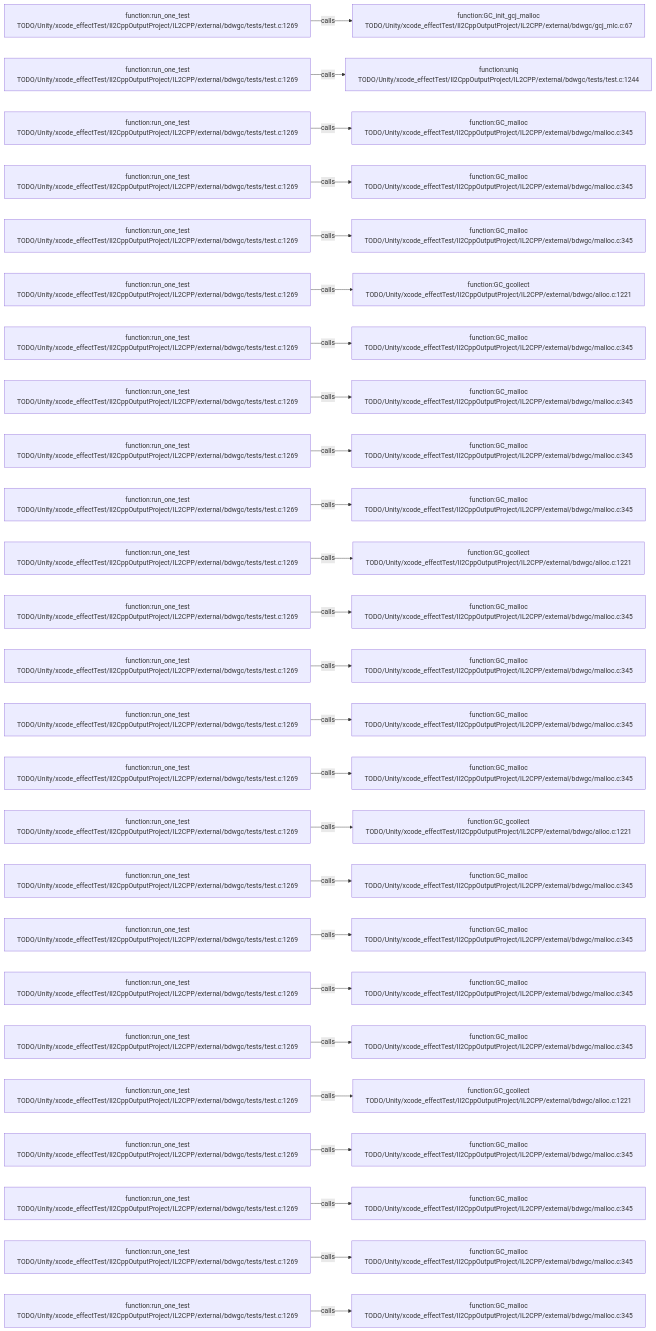
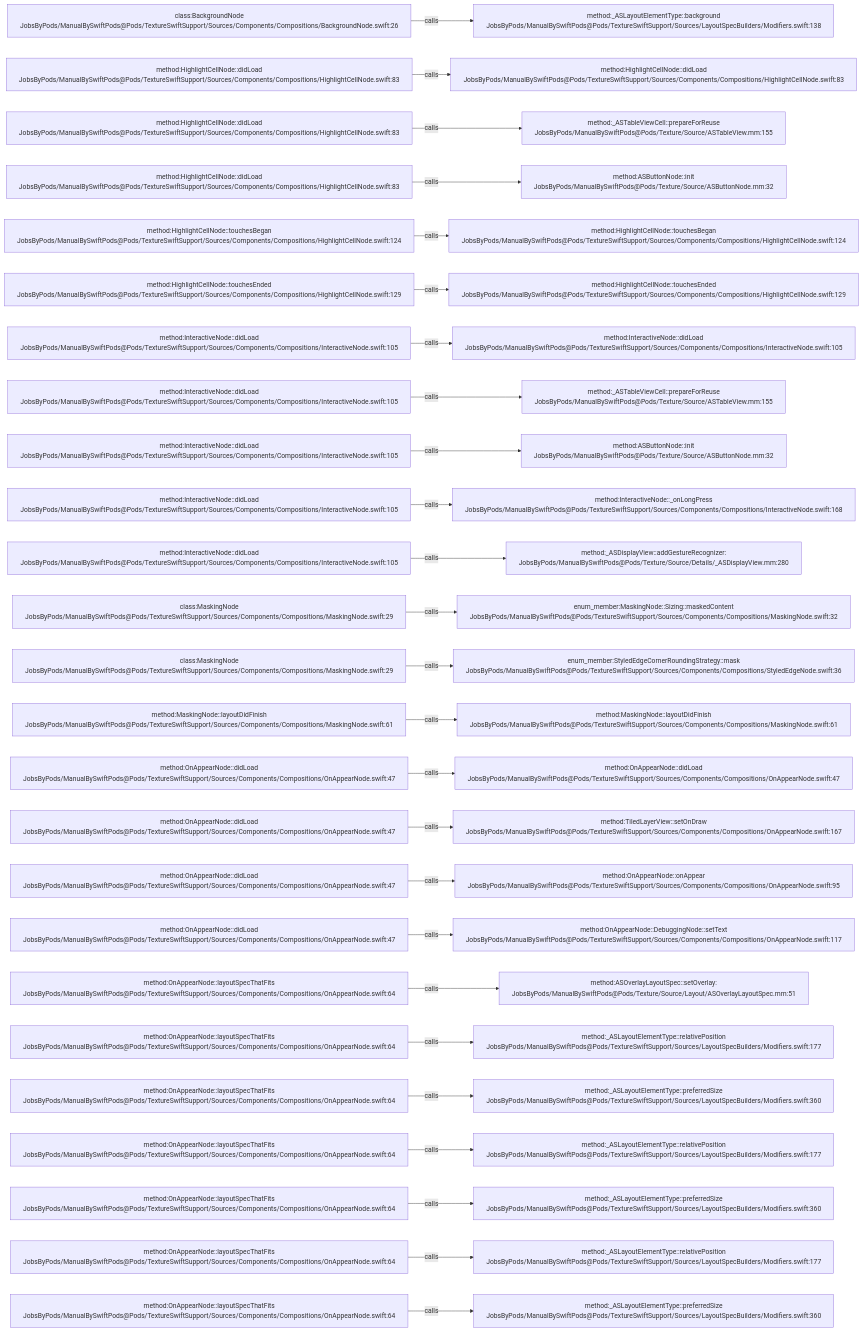
Before and after one commit to JobsKits/JobsSwiftBaseConfigDemo: the diagram in .codegraph/codegraph.md/graphs/calls-172.md, drawn with Mermaid. The commit also changed 2959 other files, not shown here.

````diff
--- a/.codegraph/codegraph.md/graphs/calls-172.md
+++ b/.codegraph/codegraph.md/graphs/calls-172.md
@@ -13,78 +13,78 @@
 ```mermaid
 flowchart LR
-  S1["function:run_one_test<br/>TODO/Unity/xcode_effectTest/Il2CppOutputProject/IL2CPP/external/bdwgc/tests/test.c:1269"]
-  T1["function:GC_init_gcj_malloc<br/>TODO/Unity/xcode_effectTest/Il2CppOutputProject/IL2CPP/external/bdwgc/gcj_mlc.c:67"]
+  S1["class:BackgroundNode<br/>JobsByPods/ManualBySwiftPods@Pods/TextureSwiftSupport/Sources/Components/Compositions/BackgroundNode.swift:26"]
+  T1["method:_ASLayoutElementType::background<br/>JobsByPods/ManualBySwiftPods@Pods/TextureSwiftSupport/Sources/LayoutSpecBuilders/Modifiers.swift:138"]
   S1 -->|calls| T1
-  S2["function:run_one_test<br/>TODO/Unity/xcode_effectTest/Il2CppOutputProject/IL2CPP/external/bdwgc/tests/test.c:1269"]
-  T2["function:uniq<br/>TODO/Unity/xcode_effectTest/Il2CppOutputProject/IL2CPP/external/bdwgc/tests/test.c:1244"]
+  S2["method:HighlightCellNode::didLoad<br/>JobsByPods/ManualBySwiftPods@Pods/TextureSwiftSupport/Sources/Components/Compositions/HighlightCellNode.swift:83"]
+  T2["method:HighlightCellNode::didLoad<br/>JobsByPods/ManualBySwiftPods@Pods/TextureSwiftSupport/Sources/Components/Compositions/HighlightCellNode.swift:83"]
   S2 -->|calls| T2
-  S3["function:run_one_test<br/>TODO/Unity/xcode_effectTest/Il2CppOutputProject/IL2CPP/external/bdwgc/tests/test.c:1269"]
-  T3["function:GC_malloc<br/>TODO/Unity/xcode_effectTest/Il2CppOutputProject/IL2CPP/external/bdwgc/malloc.c:345"]
+  S3["method:HighlightCellNode::didLoad<br/>JobsByPods/ManualBySwiftPods@Pods/TextureSwiftSupport/Sources/Components/Compositions/HighlightCellNode.swift:83"]
+  T3["method:_ASTableViewCell::prepareForReuse<br/>JobsByPods/ManualBySwiftPods@Pods/Texture/Source/ASTableView.mm:155"]
   S3 -->|calls| T3
-  S4["function:run_one_test<br/>TODO/Unity/xcode_effectTest/Il2CppOutputProject/IL2CPP/external/bdwgc/tests/test.c:1269"]
-  T4["function:GC_malloc<br/>TODO/Unity/xcode_effectTest/Il2CppOutputProject/IL2CPP/external/bdwgc/malloc.c:345"]
+  S4["method:HighlightCellNode::didLoad<br/>JobsByPods/ManualBySwiftPods@Pods/TextureSwiftSupport/Sources/Components/Compositions/HighlightCellNode.swift:83"]
+  T4["method:ASButtonNode::init<br/>JobsByPods/ManualBySwiftPods@Pods/Texture/Source/ASButtonNode.mm:32"]
   S4 -->|calls| T4
-  S5["function:run_one_test<br/>TODO/Unity/xcode_effectTest/Il2CppOutputProject/IL2CPP/external/bdwgc/tests/test.c:1269"]
-  T5["function:GC_malloc<br/>TODO/Unity/xcode_effectTest/Il2CppOutputProject/IL2CPP/external/bdwgc/malloc.c:345"]
+  S5["method:HighlightCellNode::touchesBegan<br/>JobsByPods/ManualBySwiftPods@Pods/TextureSwiftSupport/Sources/Components/Compositions/HighlightCellNode.swift:124"]
+  T5["method:HighlightCellNode::touchesBegan<br/>JobsByPods/ManualBySwiftPods@Pods/TextureSwiftSupport/Sources/Components/Compositions/HighlightCellNode.swift:124"]
   S5 -->|calls| T5
-  S6["function:run_one_test<br/>TODO/Unity/xcode_effectTest/Il2CppOutputProject/IL2CPP/external/bdwgc/tests/test.c:1269"]
-  T6["function:GC_gcollect<br/>TODO/Unity/xcode_effectTest/Il2CppOutputProject/IL2CPP/external/bdwgc/alloc.c:1221"]
+  S6["method:HighlightCellNode::touchesEnded<br/>JobsByPods/ManualBySwiftPods@Pods/TextureSwiftSupport/Sources/Components/Compositions/HighlightCellNode.swift:129"]
+  T6["method:HighlightCellNode::touchesEnded<br/>JobsByPods/ManualBySwiftPods@Pods/TextureSwiftSupport/Sources/Components/Compositions/HighlightCellNode.swift:129"]
   S6 -->|calls| T6
-  S7["function:run_one_test<br/>TODO/Unity/xcode_effectTest/Il2CppOutputProject/IL2CPP/external/bdwgc/tests/test.c:1269"]
-  T7["function:GC_malloc<br/>TODO/Unity/xcode_effectTest/Il2CppOutputProject/IL2CPP/external/bdwgc/malloc.c:345"]
+  S7["method:InteractiveNode::didLoad<br/>JobsByPods/ManualBySwiftPods@Pods/TextureSwiftSupport/Sources/Components/Compositions/InteractiveNode.swift:105"]
+  T7["method:InteractiveNode::didLoad<br/>JobsByPods/ManualBySwiftPods@Pods/TextureSwiftSupport/Sources/Components/Compositions/InteractiveNode.swift:105"]
   S7 -->|calls| T7
-  S8["function:run_one_test<br/>TODO/Unity/xcode_effectTest/Il2CppOutputProject/IL2CPP/external/bdwgc/tests/test.c:1269"]
-  T8["function:GC_malloc<br/>TODO/Unity/xcode_effectTest/Il2CppOutputProject/IL2CPP/external/bdwgc/malloc.c:345"]
+  S8["method:InteractiveNode::didLoad<br/>JobsByPods/ManualBySwiftPods@Pods/TextureSwiftSupport/Sources/Components/Compositions/InteractiveNode.swift:105"]
+  T8["method:_ASTableViewCell::prepareForReuse<br/>JobsByPods/ManualBySwiftPods@Pods/Texture/Source/ASTableView.mm:155"]
   S8 -->|calls| T8
-  S9["function:run_one_test<br/>TODO/Unity/xcode_effectTest/Il2CppOutputProject/IL2CPP/external/bdwgc/tests/test.c:1269"]
-  T9["function:GC_malloc<br/>TODO/Unity/xcode_effectTest/Il2CppOutputProject/IL2CPP/external/bdwgc/malloc.c:345"]
+  S9["method:InteractiveNode::didLoad<br/>JobsByPods/ManualBySwiftPods@Pods/TextureSwiftSupport/Sources/Components/Compositions/InteractiveNode.swift:105"]
+  T9["method:ASButtonNode::init<br/>JobsByPods/ManualBySwiftPods@Pods/Texture/Source/ASButtonNode.mm:32"]
   S9 -->|calls| T9
-  S10["function:run_one_test<br/>TODO/Unity/xcode_effectTest/Il2CppOutputProject/IL2CPP/external/bdwgc/tests/test.c:1269"]
-  T10["function:GC_malloc<br/>TODO/Unity/xcode_effectTest/Il2CppOutputProject/IL2CPP/external/bdwgc/malloc.c:345"]
+  S10["method:InteractiveNode::didLoad<br/>JobsByPods/ManualBySwiftPods@Pods/TextureSwiftSupport/Sources/Components/Compositions/InteractiveNode.swift:105"]
+  T10["method:InteractiveNode::_onLongPress<br/>JobsByPods/ManualBySwiftPods@Pods/TextureSwiftSupport/Sources/Components/Compositions/InteractiveNode.swift:168"]
   S10 -->|calls| T10
-  S11["function:run_one_test<br/>TODO/Unity/xcode_effectTest/Il2CppOutputProject/IL2CPP/external/bdwgc/tests/test.c:1269"]
-  T11["function:GC_gcollect<br/>TODO/Unity/xcode_effectTest/Il2CppOutputProject/IL2CPP/external/bdwgc/alloc.c:1221"]
+  S11["method:InteractiveNode::didLoad<br/>JobsByPods/ManualBySwiftPods@Pods/TextureSwiftSupport/Sources/Components/Compositions/InteractiveNode.swift:105"]
+  T11["method:_ASDisplayView::addGestureRecognizer:<br/>JobsByPods/ManualBySwiftPods@Pods/Texture/Source/Details/_ASDisplayView.mm:280"]
   S11 -->|calls| T11
-  S12["function:run_one_test<br/>TODO/Unity/xcode_effectTest/Il2CppOutputProject/IL2CPP/external/bdwgc/tests/test.c:1269"]
-  T12["function:GC_malloc<br/>TODO/Unity/xcode_effectTest/Il2CppOutputProject/IL2CPP/external/bdwgc/malloc.c:345"]
+  S12["class:MaskingNode<br/>JobsByPods/ManualBySwiftPods@Pods/TextureSwiftSupport/Sources/Components/Compositions/MaskingNode.swift:29"]
+  T12["enum_member:MaskingNode::Sizing::maskedContent<br/>JobsByPods/ManualBySwiftPods@Pods/TextureSwiftSupport/Sources/Components/Compositions/MaskingNode.swift:32"]
   S12 -->|calls| T12
-  S13["function:run_one_test<br/>TODO/Unity/xcode_effectTest/Il2CppOutputProject/IL2CPP/external/bdwgc/tests/test.c:1269"]
-  T13["function:GC_malloc<br/>TODO/Unity/xcode_effectTest/Il2CppOutputProject/IL2CPP/external/bdwgc/malloc.c:345"]
+  S13["class:MaskingNode<br/>JobsByPods/ManualBySwiftPods@Pods/TextureSwiftSupport/Sources/Components/Compositions/MaskingNode.swift:29"]
+  T13["enum_member:StyledEdgeCornerRoundingStrategy::mask<br/>JobsByPods/ManualBySwiftPods@Pods/TextureSwiftSupport/Sources/Components/Compositions/StyledEdgeNode.swift:36"]
   S13 -->|calls| T13
-  S14["function:run_one_test<br/>TODO/Unity/xcode_effectTest/Il2CppOutputProject/IL2CPP/external/bdwgc/tests/test.c:1269"]
-  T14["function:GC_malloc<br/>TODO/Unity/xcode_effectTest/Il2CppOutputProject/IL2CPP/external/bdwgc/malloc.c:345"]
+  S14["method:MaskingNode::layoutDidFinish<br/>JobsByPods/ManualBySwiftPods@Pods/TextureSwiftSupport/Sources/Components/Compositions/MaskingNode.swift:61"]
+  T14["method:MaskingNode::layoutDidFinish<br/>JobsByPods/ManualBySwiftPods@Pods/TextureSwiftSupport/Sources/Components/Compositions/MaskingNode.swift:61"]
   S14 -->|calls| T14
-  S15["function:run_one_test<br/>TODO/Unity/xcode_effectTest/Il2CppOutputProject/IL2CPP/external/bdwgc/tests/test.c:1269"]
-  T15["function:GC_malloc<br/>TODO/Unity/xcode_effectTest/Il2CppOutputProject/IL2CPP/external/bdwgc/malloc.c:345"]
+  S15["method:OnAppearNode::didLoad<br/>JobsByPods/ManualBySwiftPods@Pods/TextureSwiftSupport/Sources/Components/Compositions/OnAppearNode.swift:47"]
+  T15["method:OnAppearNode::didLoad<br/>JobsByPods/ManualBySwiftPods@Pods/TextureSwiftSupport/Sources/Components/Compositions/OnAppearNode.swift:47"]
   S15 -->|calls| T15
-  S16["function:run_one_test<br/>TODO/Unity/xcode_effectTest/Il2CppOutputProject/IL2CPP/external/bdwgc/tests/test.c:1269"]
-  T16["function:GC_gcollect<br/>TODO/Unity/xcode_effectTest/Il2CppOutputProject/IL2CPP/external/bdwgc/alloc.c:1221"]
+  S16["method:OnAppearNode::didLoad<br/>JobsByPods/ManualBySwiftPods@Pods/TextureSwiftSupport/Sources/Components/Compositions/OnAppearNode.swift:47"]
+  T16["method:TiledLayerView::setOnDraw<br/>JobsByPods/ManualBySwiftPods@Pods/TextureSwiftSupport/Sources/Components/Compositions/OnAppearNode.swift:167"]
   S16 -->|calls| T16
-  S17["function:run_one_test<br/>TODO/Unity/xcode_effectTest/Il2CppOutputProject/IL2CPP/external/bdwgc/tests/test.c:1269"]
-  T17["function:GC_malloc<br/>TODO/Unity/xcode_effectTest/Il2CppOutputProject/IL2CPP/external/bdwgc/malloc.c:345"]
+  S17["method:OnAppearNode::didLoad<br/>JobsByPods/ManualBySwiftPods@Pods/TextureSwiftSupport/Sources/Components/Compositions/OnAppearNode.swift:47"]
+  T17["method:OnAppearNode::onAppear<br/>JobsByPods/ManualBySwiftPods@Pods/TextureSwiftSupport/Sources/Components/Compositions/OnAppearNode.swift:95"]
   S17 -->|calls| T17
-  S18["function:run_one_test<br/>TODO/Unity/xcode_effectTest/Il2CppOutputProject/IL2CPP/external/bdwgc/tests/test.c:1269"]
-  T18["function:GC_malloc<br/>TODO/Unity/xcode_effectTest/Il2CppOutputProject/IL2CPP/external/bdwgc/malloc.c:345"]
+  S18["method:OnAppearNode::didLoad<br/>JobsByPods/ManualBySwiftPods@Pods/TextureSwiftSupport/Sources/Components/Compositions/OnAppearNode.swift:47"]
+  T18["method:OnAppearNode::DebuggingNode::setText<br/>JobsByPods/ManualBySwiftPods@Pods/TextureSwiftSupport/Sources/Components/Compositions/OnAppearNode.swift:117"]
   S18 -->|calls| T18
-  S19["function:run_one_test<br/>TODO/Unity/xcode_effectTest/Il2CppOutputProject/IL2CPP/external/bdwgc/tests/test.c:1269"]
-  T19["function:GC_malloc<br/>TODO/Unity/xcode_effectTest/Il2CppOutputProject/IL2CPP/external/bdwgc/malloc.c:345"]
+  S19["method:OnAppearNode::layoutSpecThatFits<br/>JobsByPods/ManualBySwiftPods@Pods/TextureSwiftSupport/Sources/Components/Compositions/OnAppearNode.swift:64"]
+  T19["method:ASOverlayLayoutSpec::setOverlay:<br/>JobsByPods/ManualBySwiftPods@Pods/Texture/Source/Layout/ASOverlayLayoutSpec.mm:51"]
   S19 -->|calls| T19
-  S20["function:run_one_test<br/>TODO/Unity/xcode_effectTest/Il2CppOutputProject/IL2CPP/external/bdwgc/tests/test.c:1269"]
-  T20["function:GC_malloc<br/>TODO/Unity/xcode_effectTest/Il2CppOutputProject/IL2CPP/external/bdwgc/malloc.c:345"]
+  S20["method:OnAppearNode::layoutSpecThatFits<br/>JobsByPods/ManualBySwiftPods@Pods/TextureSwiftSupport/Sources/Components/Compositions/OnAppearNode.swift:64"]
+  T20["method:_ASLayoutElementType::relativePosition<br/>JobsByPods/ManualBySwiftPods@Pods/TextureSwiftSupport/Sources/LayoutSpecBuilders/Modifiers.swift:177"]
   S20 -->|calls| T20
-  S21["function:run_one_test<br/>TODO/Unity/xcode_effectTest/Il2CppOutputProject/IL2CPP/external/bdwgc/tests/test.c:1269"]
-  T21["function:GC_gcollect<br/>TODO/Unity/xcode_effectTest/Il2CppOutputProject/IL2CPP/external/bdwgc/alloc.c:1221"]
+  S21["method:OnAppearNode::layoutSpecThatFits<br/>JobsByPods/ManualBySwiftPods@Pods/TextureSwiftSupport/Sources/Components/Compositions/OnAppearNode.swift:64"]
+  T21["method:_ASLayoutElementType::preferredSize<br/>JobsByPods/ManualBySwiftPods@Pods/TextureSwiftSupport/Sources/LayoutSpecBuilders/Modifiers.swift:360"]
   S21 -->|calls| T21
-  S22["function:run_one_test<br/>TODO/Unity/xcode_effectTest/Il2CppOutputProject/IL2CPP/external/bdwgc/tests/test.c:1269"]
-  T22["function:GC_malloc<br/>TODO/Unity/xcode_effectTest/Il2CppOutputProject/IL2CPP/external/bdwgc/malloc.c:345"]
+  S22["method:OnAppearNode::layoutSpecThatFits<br/>JobsByPods/ManualBySwiftPods@Pods/TextureSwiftSupport/Sources/Components/Compositions/OnAppearNode.swift:64"]
+  T22["method:_ASLayoutElementType::relativePosition<br/>JobsByPods/ManualBySwiftPods@Pods/TextureSwiftSupport/Sources/LayoutSpecBuilders/Modifiers.swift:177"]
   S22 -->|calls| T22
-  S23["function:run_one_test<br/>TODO/Unity/xcode_effectTest/Il2CppOutputProject/IL2CPP/external/bdwgc/tests/test.c:1269"]
-  T23["function:GC_malloc<br/>TODO/Unity/xcode_effectTest/Il2CppOutputProject/IL2CPP/external/bdwgc/malloc.c:345"]
+  S23["method:OnAppearNode::layoutSpecThatFits<br/>JobsByPods/ManualBySwiftPods@Pods/TextureSwiftSupport/Sources/Components/Compositions/OnAppearNode.swift:64"]
+  T23["method:_ASLayoutElementType::preferredSize<br/>JobsByPods/ManualBySwiftPods@Pods/TextureSwiftSupport/Sources/LayoutSpecBuilders/Modifiers.swift:360"]
   S23 -->|calls| T23
-  S24["function:run_one_test<br/>TODO/Unity/xcode_effectTest/Il2CppOutputProject/IL2CPP/external/bdwgc/tests/test.c:1269"]
-  T24["function:GC_malloc<br/>TODO/Unity/xcode_effectTest/Il2CppOutputProject/IL2CPP/external/bdwgc/malloc.c:345"]
+  S24["method:OnAppearNode::layoutSpecThatFits<br/>JobsByPods/ManualBySwiftPods@Pods/TextureSwiftSupport/Sources/Components/Compositions/OnAppearNode.swift:64"]
+  T24["method:_ASLayoutElementType::relativePosition<br/>JobsByPods/ManualBySwiftPods@Pods/TextureSwiftSupport/Sources/LayoutSpecBuilders/Modifiers.swift:177"]
   S24 -->|calls| T24
-  S25["function:run_one_test<br/>TODO/Unity/xcode_effectTest/Il2CppOutputProject/IL2CPP/external/bdwgc/tests/test.c:1269"]
-  T25["function:GC_malloc<br/>TODO/Unity/xcode_effectTest/Il2CppOutputProject/IL2CPP/external/bdwgc/malloc.c:345"]
+  S25["method:OnAppearNode::layoutSpecThatFits<br/>JobsByPods/ManualBySwiftPods@Pods/TextureSwiftSupport/Sources/Components/Compositions/OnAppearNode.swift:64"]
+  T25["method:_ASLayoutElementType::preferredSize<br/>JobsByPods/ManualBySwiftPods@Pods/TextureSwiftSupport/Sources/LayoutSpecBuilders/Modifiers.swift:360"]
   S25 -->|calls| T25
 ```
````
